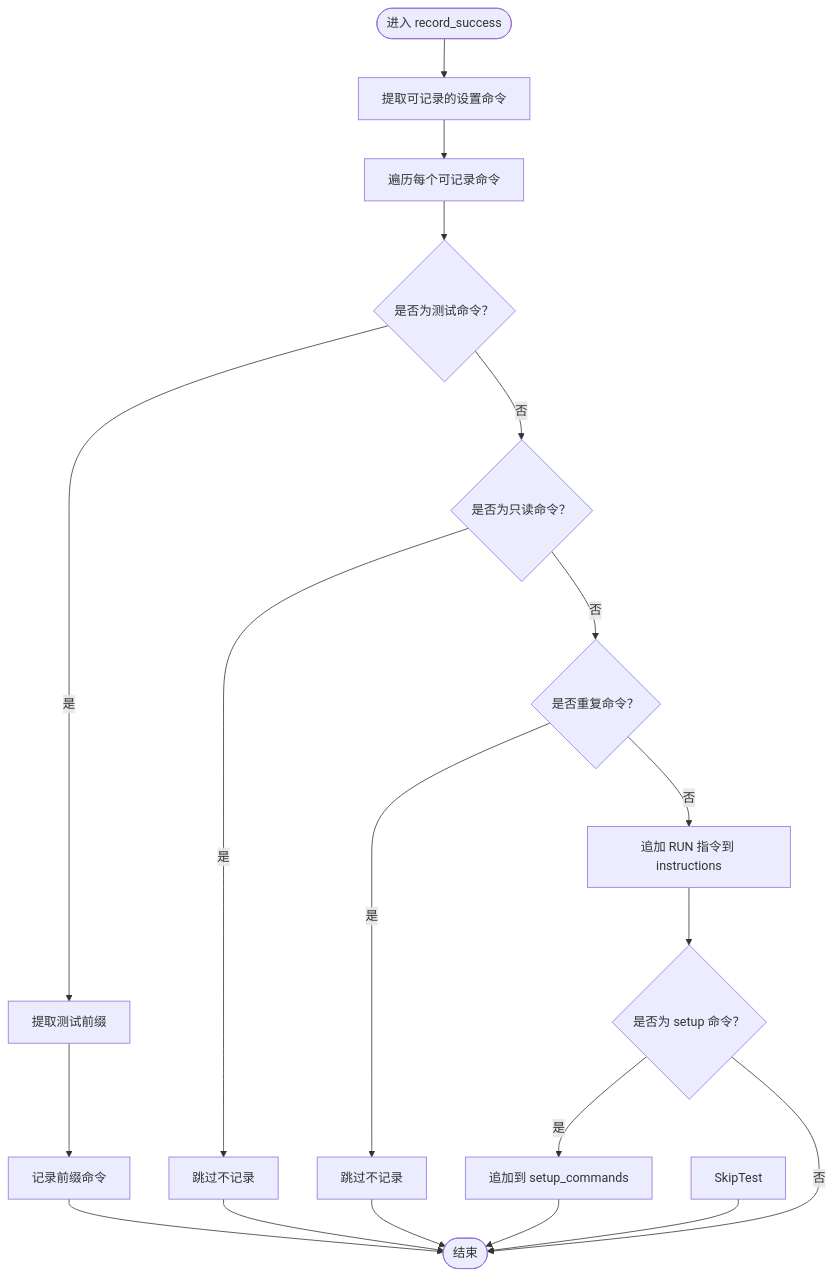
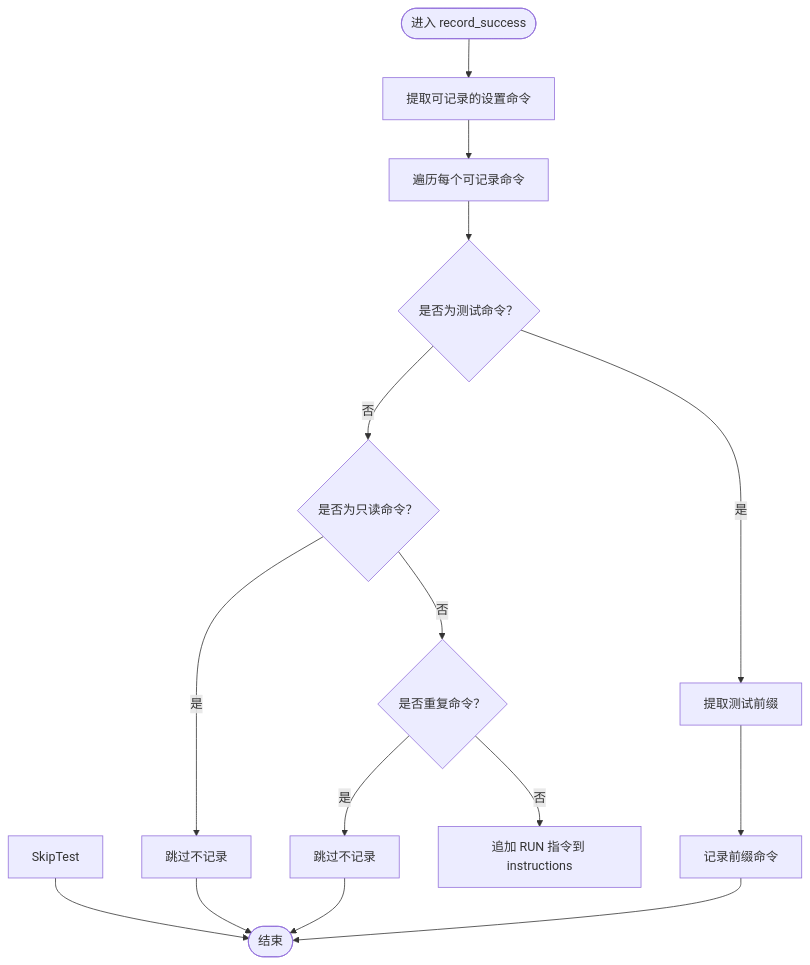
One commit to Jayint/Jayint-repo changed the fourth of 11 diagrams in .qoder/repowiki/zh/content/核心组件/Synthesizer 模块/Synthesizer 模块.md. Above: the diagram before and after it, drawn with Mermaid. The commit also changed other lines of this file and 398 other files, not shown here.

````diff
--- a/.qoder/repowiki/zh/content/核心组件/Synthesizer 模块/Synthesizer 模块.md
+++ b/.qoder/repowiki/zh/content/核心组件/Synthesizer 模块/Synthesizer 模块.md
@@ -200,21 +160,17 @@
 ```mermaid
 flowchart TD
 Start(["进入 record_success"]) --> Extract["提取可记录的设置命令"]
 Extract --> ForEach["遍历每个可记录命令"]
 ForEach --> FilterTest{"是否为测试命令？"}
 FilterTest --> |是| ExtractPrefix["提取测试前缀"]
 ExtractPrefix --> RecordPrefix["记录前缀命令"]
 FilterTest --> |否| FilterReadonly{"是否为只读命令？"}
 FilterReadonly --> |是| SkipReadonly["跳过不记录"]
 FilterReadonly --> |否| CheckDup{"是否重复命令？"}
 CheckDup --> |是| SkipDup["跳过不记录"]
 CheckDup --> |否| Append["追加 RUN 指令到 instructions"]
-Append --> CheckSetup{"是否为 setup 命令？"}
-CheckSetup --> |是| AddToSetup["追加到 setup_commands"]
-CheckSetup --> |否| End(["结束"])
-SkipTest --> End
+SkipTest --> End(["结束"])
 SkipReadonly --> End
 SkipDup --> End
 RecordPrefix --> End
-AddToSetup --> End
 ```
````
